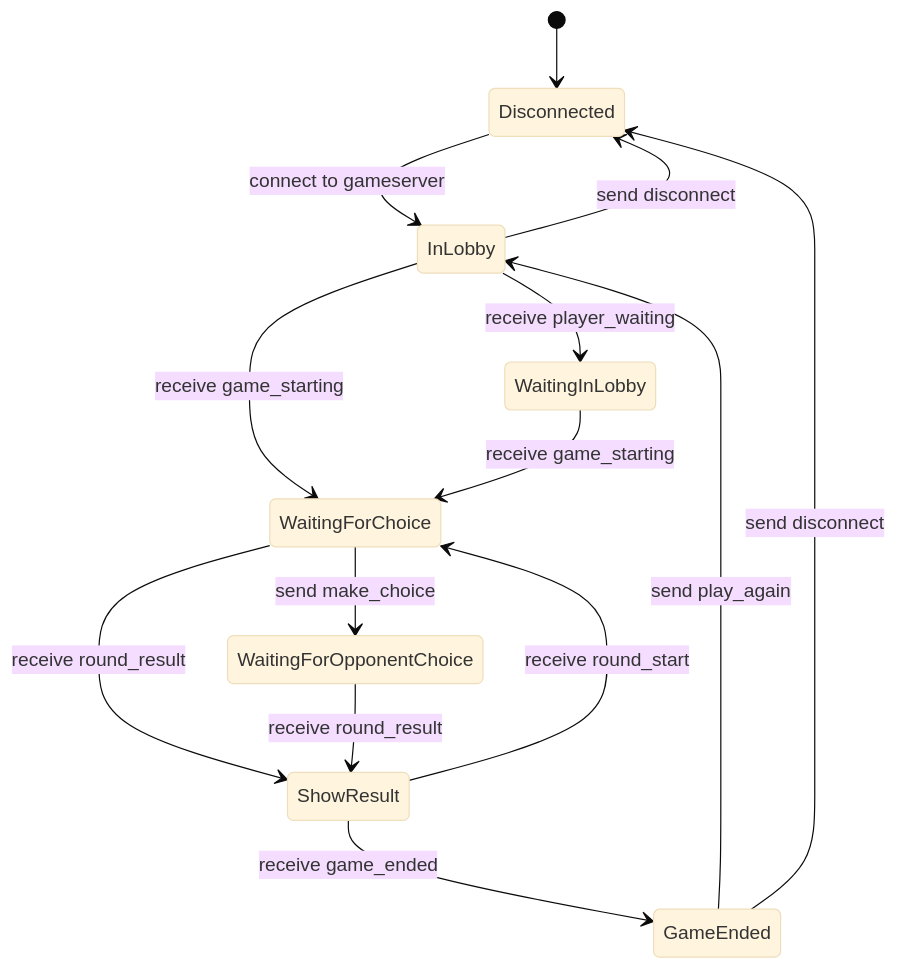
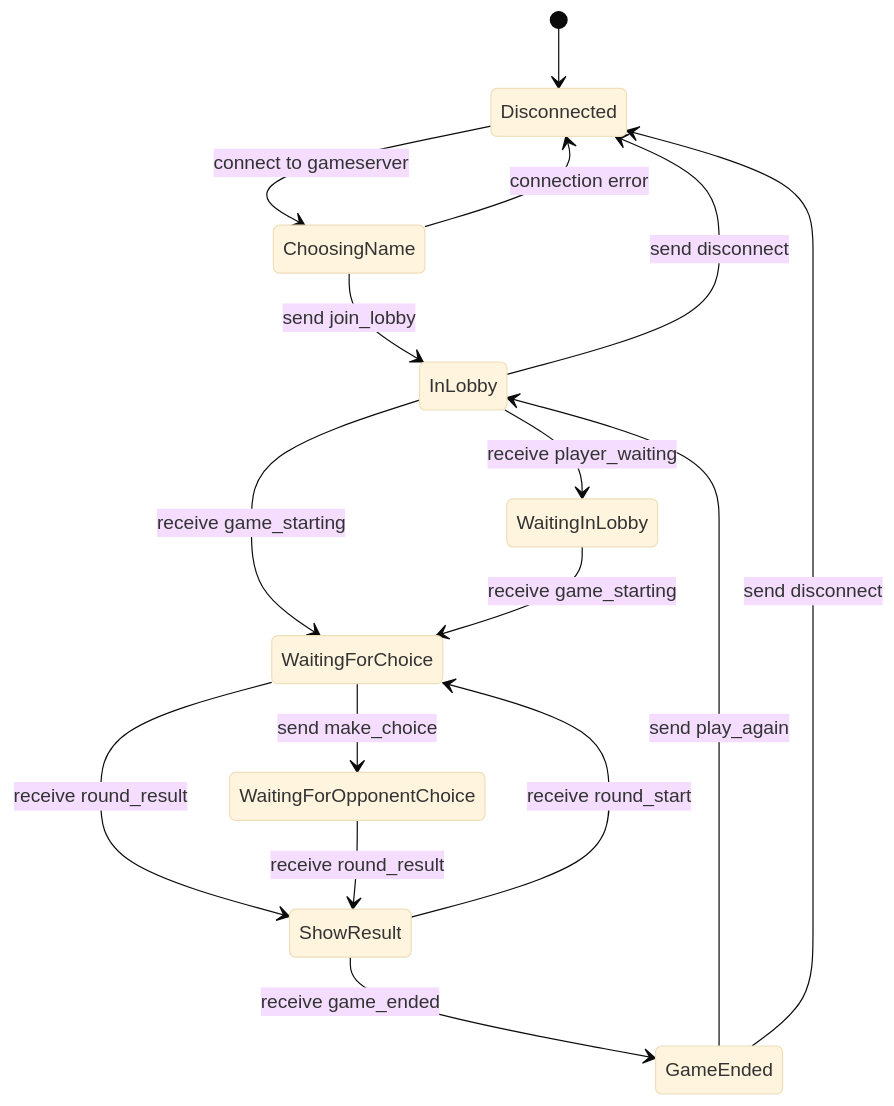
The diagram in README.md (4hel/paper), drawn with Mermaid (base theme) before and after one commit. The commit also changed other lines of this file and 9 other files, not shown here.

````diff
--- a/README.md
+++ b/README.md
@@ -20,22 +35,24 @@
 ```mermaid
 stateDiagram-v2
     [*] --> Disconnected
-    Disconnected --> InLobby : connect to gameserver
+    Disconnected --> ChoosingName : connect to gameserver
+    ChoosingName --> InLobby : send join_lobby
+    ChoosingName --> Disconnected : connection error
     
     %% Lobby states
     InLobby --> WaitingInLobby : receive player_waiting
     InLobby --> WaitingForChoice : receive game_starting
     WaitingInLobby --> WaitingForChoice : receive game_starting
     
     %% Game room states
     WaitingForChoice --> WaitingForOpponentChoice : send make_choice
     WaitingForChoice --> ShowResult : receive round_result
     WaitingForOpponentChoice --> ShowResult : receive round_result
     
     ShowResult --> WaitingForChoice : receive round_start
     ShowResult --> GameEnded : receive game_ended
     
     GameEnded --> InLobby : send play_again
     GameEnded --> Disconnected : send disconnect
     InLobby --> Disconnected : send disconnect
 ```
````
